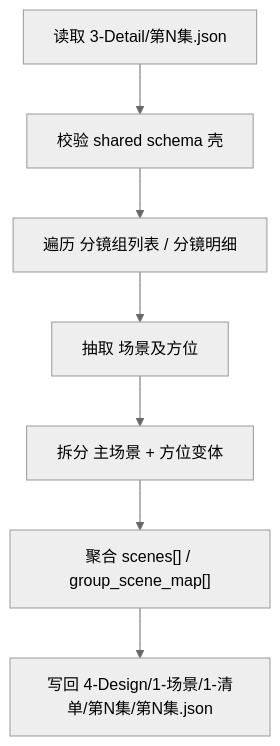
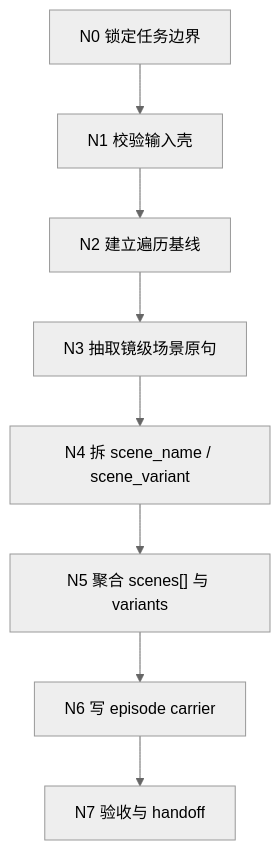
Before and after one commit to ZEN-VOID/AI-CUT: the first of 3 diagrams in .agents/skills/aigc/4-Design/1-场景/1-清单/SKILL.md, drawn with Mermaid (neutral theme). The commit also changed other lines of this file and 182 other files, not shown here.

````diff
--- a/.agents/skills/aigc/4-Design/1-场景/1-清单/SKILL.md
+++ b/.agents/skills/aigc/4-Design/1-场景/1-清单/SKILL.md
@@ -50,9 +108,10 @@
 ```mermaid
 flowchart TD
-    A["读取 3-Detail/第N集.json"] --> B["校验 shared schema 壳"]
-    B --> C["遍历 分镜组列表 / 分镜明细"]
-    C --> D["抽取 场景及方位"]
-    D --> E["拆分 主场景 + 方位变体"]
-    E --> F["聚合 scenes[] / group_scene_map[]"]
-    F --> G["写回 4-Design/1-场景/1-清单/第N集/第N集.json"]
+    A["N0 锁定任务边界"] --> B["N1 校验输入壳"]
+    B --> C["N2 建立遍历基线"]
+    C --> D["N3 抽取镜级场景原句"]
+    D --> E["N4 拆 scene_name / scene_variant"]
+    E --> F["N5 聚合 scenes[] 与 variants"]
+    F --> G["N6 写 episode carrier"]
+    G --> H["N7 验收与 handoff"]
 ```
````
